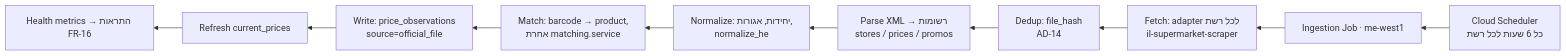
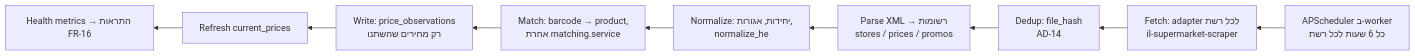
The fourth of 6 diagrams in docs/planning-artifacts/architecture/architecture-CartWise-2026-10-26/architecture.md (deb6754006/CartWise), drawn with Mermaid before and after one commit. The commit also changed other lines of this file and 16 other files, not shown here.

````diff
--- a/docs/planning-artifacts/architecture/architecture-CartWise-2026-10-26/architecture.md
+++ b/docs/planning-artifacts/architecture/architecture-CartWise-2026-10-26/architecture.md
@@ -221,12 +226,11 @@
 ```mermaid
 graph RL
-  s[Cloud Scheduler<br/>כל 6 שעות לכל רשת] --> j[Ingestion Job · me-west1]
-  j --> f1[Fetch: adapter לכל רשת<br/>il-supermarket-scraper]
+  s[APScheduler ב-worker<br/>כל 6 שעות לכל רשת] --> f1[Fetch: adapter לכל רשת<br/>il-supermarket-scraper]
   f1 --> f2[Dedup: file_hash<br/>AD-14]
   f2 --> f3[Parse XML → רשומות<br/>stores / prices / promos]
   f3 --> f4[Normalize: יחידות, אגורות,<br/>normalize_he]
   f4 --> f5[Match: barcode → product,<br/>אחרת matching.service]
-  f5 --> f6[Write: price_observations<br/>source=official_file]
+  f5 --> f6[Write: price_observations<br/>רק מחירים שהשתנו]
   f6 --> f7[Refresh current_prices]
   f7 --> f8[Health metrics → התראות FR-16]
 ```
````
